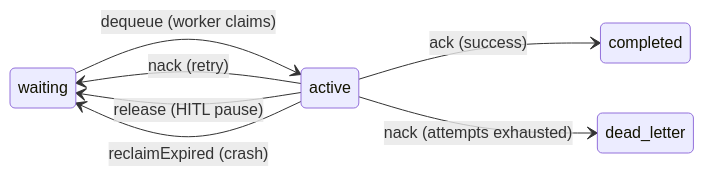
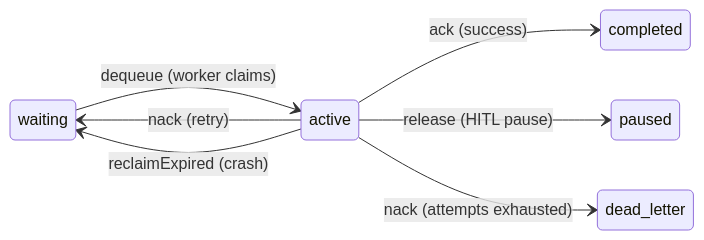
The first of 2 diagrams in apps/docs/src/content/docs/concepts/distributed-execution.md (wmcmahan/mc-ai), drawn with Mermaid before and after one commit. The commit also changed other lines of this file and 16 other files, not shown here.

Commit message:
HITL loop pause fix and example

````diff
--- a/apps/docs/src/content/docs/concepts/distributed-execution.md
+++ b/apps/docs/src/content/docs/concepts/distributed-execution.md
@@ -32,10 +32,10 @@
 ```mermaid
 stateDiagram-v2
   direction LR
   waiting --> active : dequeue (worker claims)
   active --> completed : ack (success)
   active --> waiting : nack (retry)
-  active --> waiting : release (HITL pause)
+  active --> paused : release (HITL pause)
   active --> waiting : reclaimExpired (crash)
   active --> dead_letter : nack (attempts exhausted)
 ```
````
